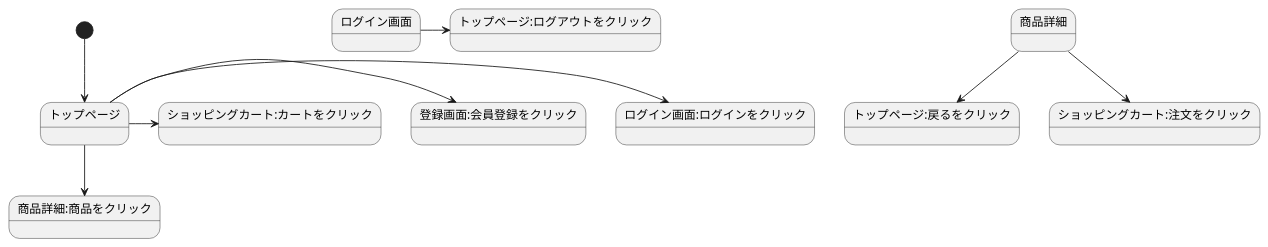
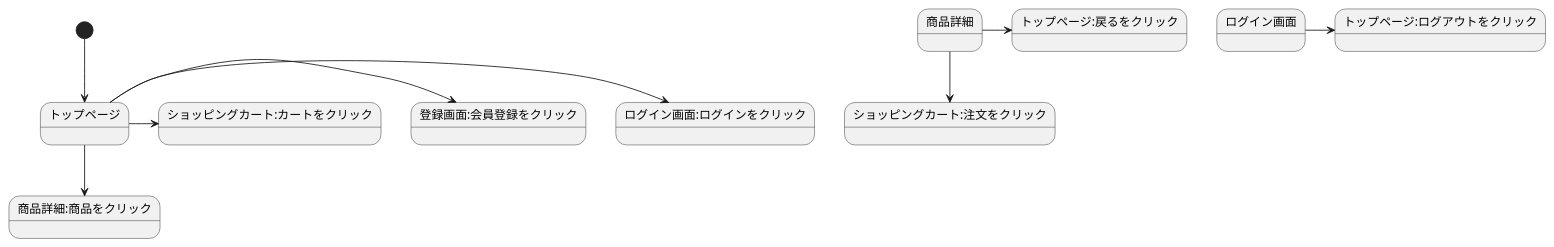
The diagram in gamen.md (Aso2001409/2021sys-design), drawn with PlantUML before and after one commit.

````diff
--- a/gamen.md
+++ b/gamen.md
@@ -1,12 +1,12 @@
 ```uml
 @startuml
 [*]-->トップページ
 トップページ-->商品詳細:商品をクリック
 トップページ->ログイン画面:ログインをクリック
 トップページ->登録画面:会員登録をクリック
 トップページ->ショッピングカート:カートをクリック
-商品詳細-->トップページ:戻るをクリック
+商品詳細->トップページ:戻るをクリック
 商品詳細-->ショッピングカート:注文をクリック
 ログイン画面->トップページ:ログアウトをクリック
 @enduml
 ```
````
